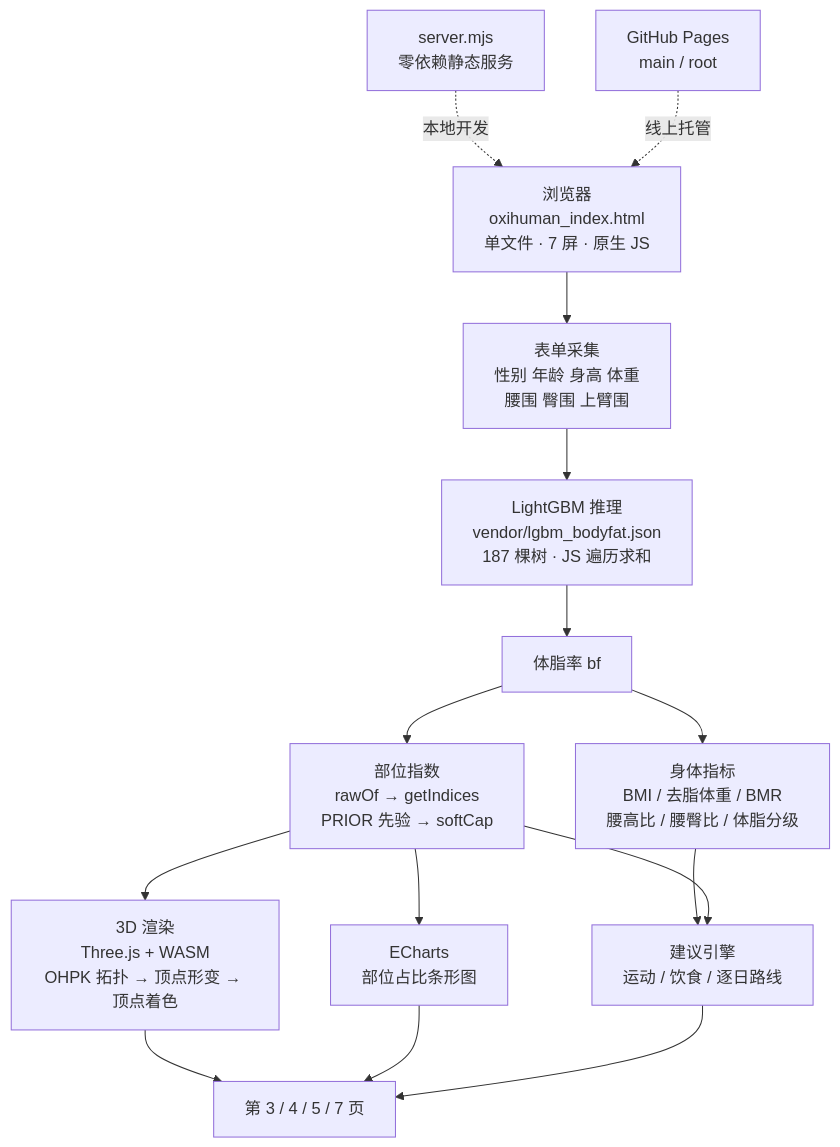
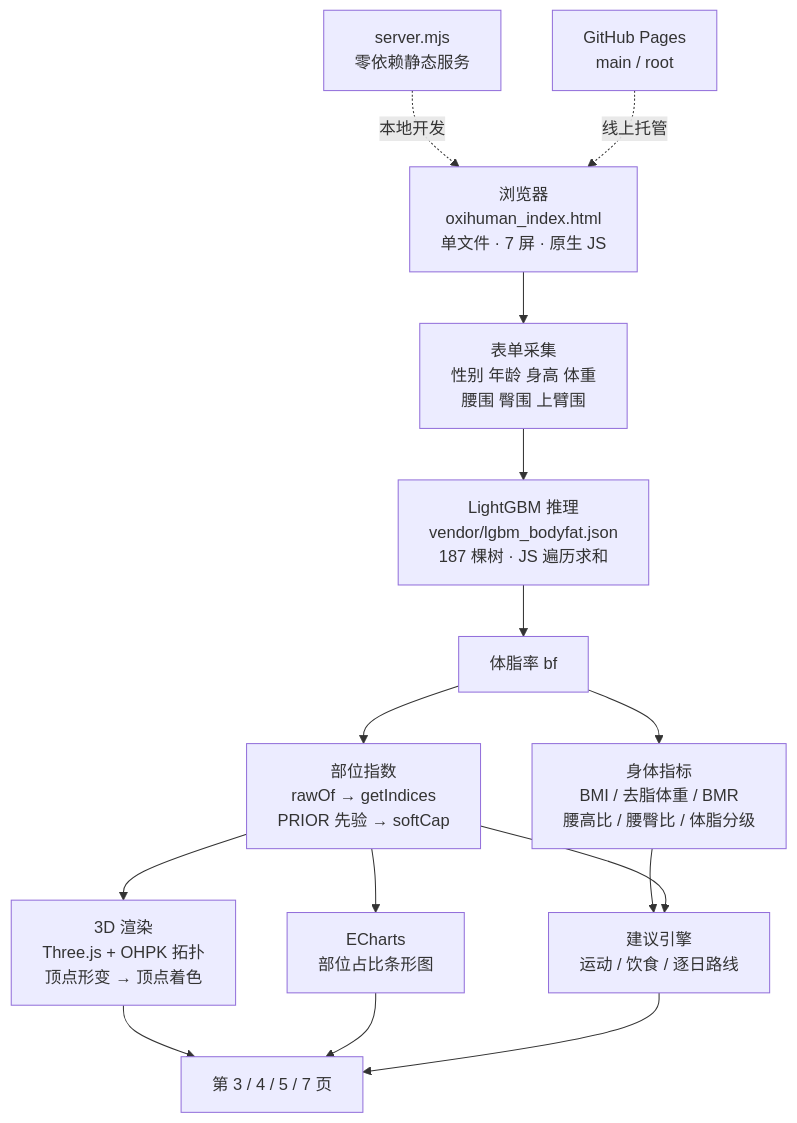
Before and after one commit to hazelhu2005-blip/oxihuman-3d-viewer: the first of 2 diagrams in README.md, drawn with Mermaid. The commit also changed other lines of this file and 38 other files, not shown here.

````diff
--- a/README.md
+++ b/README.md
@@ -100,17 +77,17 @@
 ```mermaid
 flowchart TD
     A["浏览器<br/>oxihuman_index.html<br/>单文件 · 7 屏 · 原生 JS"] --> B["表单采集<br/>性别 年龄 身高 体重<br/>腰围 臀围 上臂围"]
     B --> C["LightGBM 推理<br/>vendor/lgbm_bodyfat.json<br/>187 棵树 · JS 遍历求和"]
     C --> D["体脂率 bf"]
     D --> E["身体指标<br/>BMI / 去脂体重 / BMR<br/>腰高比 / 腰臀比 / 体脂分级"]
     D --> F["部位指数<br/>rawOf → getIndices<br/>PRIOR 先验 → softCap"]
-    F --> G["3D 渲染<br/>Three.js + WASM<br/>OHPK 拓扑 → 顶点形变 → 顶点着色"]
+    F --> G["3D 渲染<br/>Three.js + OHPK 拓扑<br/>顶点形变 → 顶点着色"]
     F --> H["ECharts<br/>部位占比条形图"]
     E --> I["建议引擎<br/>运动 / 饮食 / 逐日路线"]
     F --> I
     G --> J["第 3 / 4 / 5 / 7 页"]
     H --> J
     I --> J
     K["server.mjs<br/>零依赖静态服务"] -.本地开发.-> A
     L["GitHub Pages<br/>main / root"] -.线上托管.-> A
 ```
````
